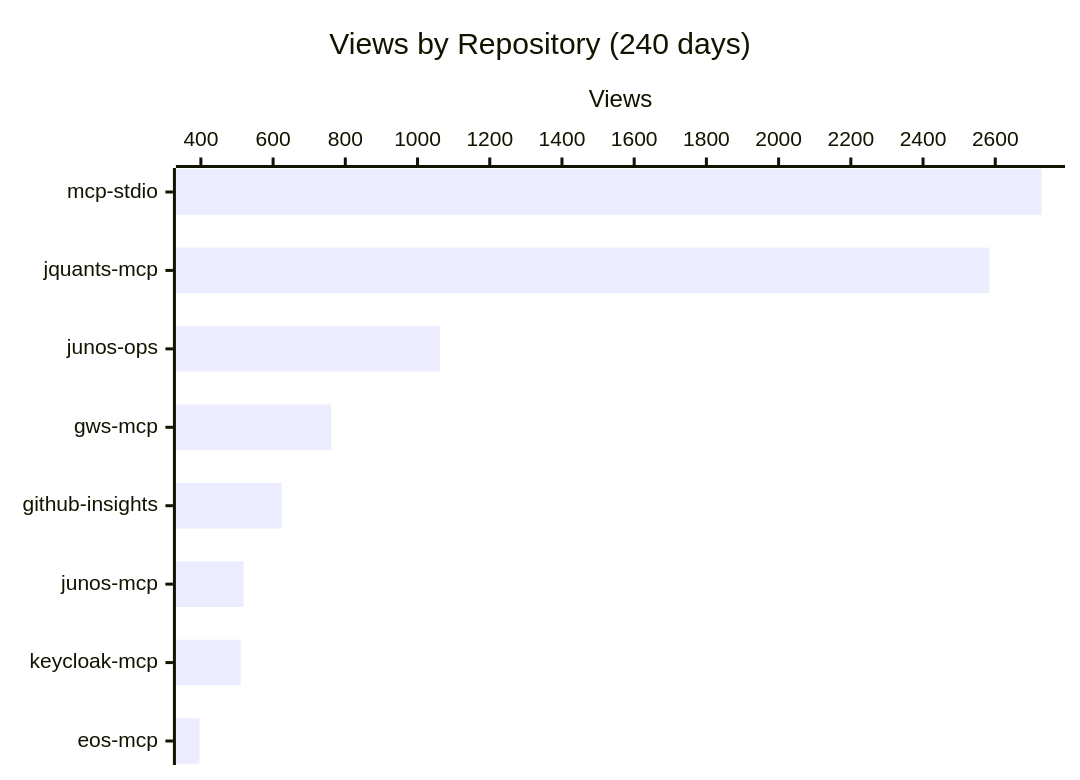
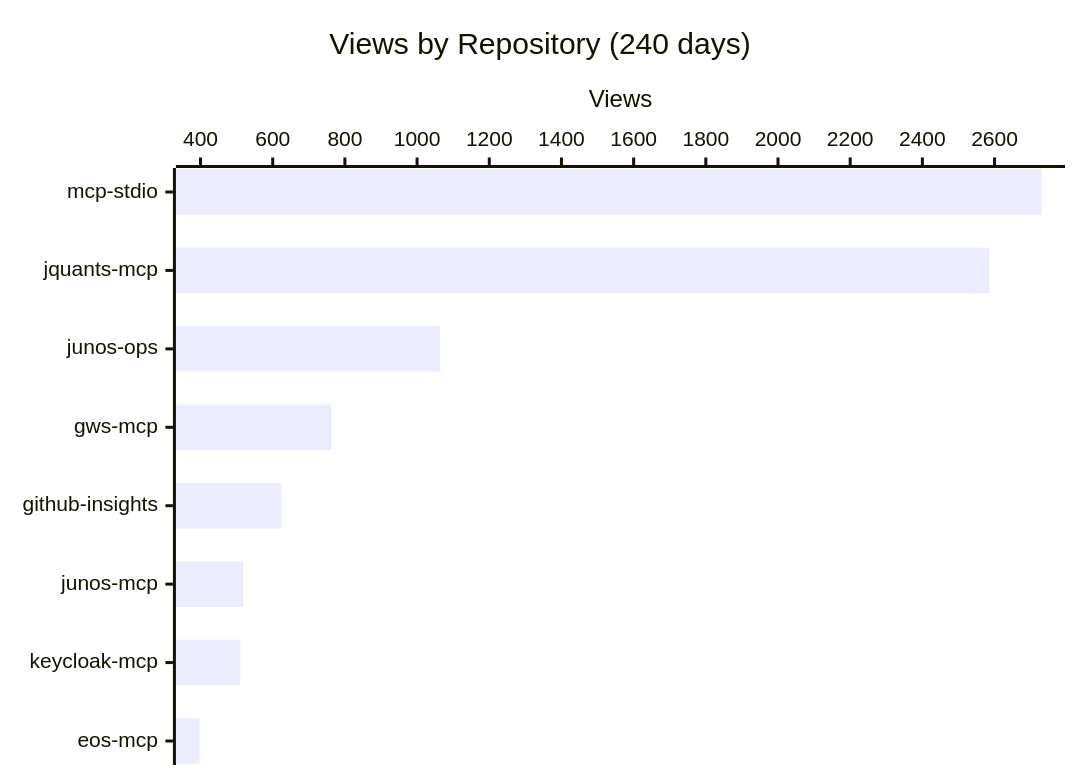
The first of 4 diagrams in README.md (shigechika/github-insights), drawn with Mermaid before and after one commit. The commit also changed other lines of this file and 1 other file, not shown here.

````diff
--- a/README.md
+++ b/README.md
@@ -18,7 +18,7 @@
 ```mermaid
 xychart-beta horizontal
     title "Views by Repository (240 days)"
     x-axis ["mcp-stdio", "jquants-mcp", "junos-ops", "gws-mcp", "github-insights", "junos-mcp", "keycloak-mcp", "eos-mcp"]
     y-axis "Views"
-    bar [2728, 2584, 1062, 761, 624, 518, 510, 396]
+    bar [2730, 2585, 1063, 762, 624, 518, 510, 397]
 ```
````
